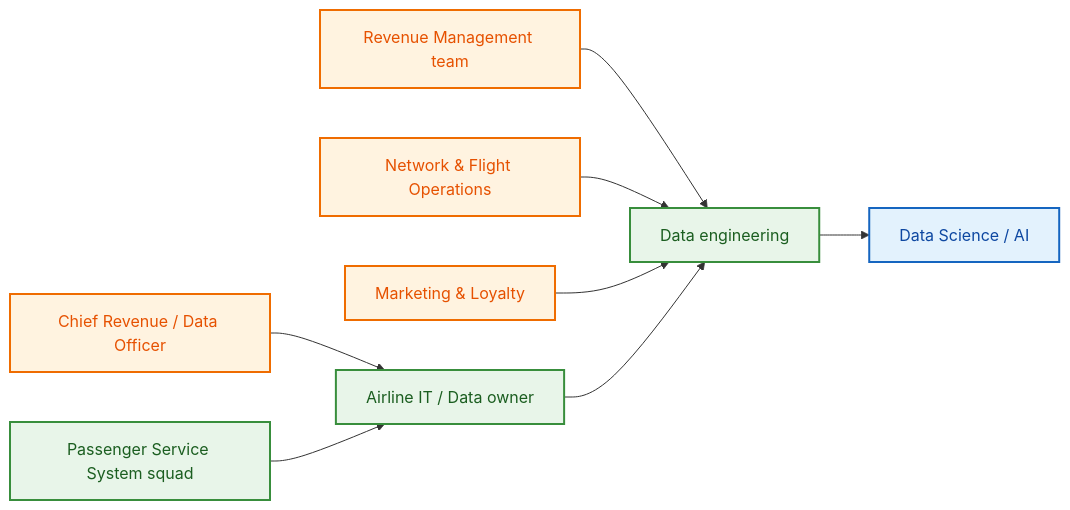
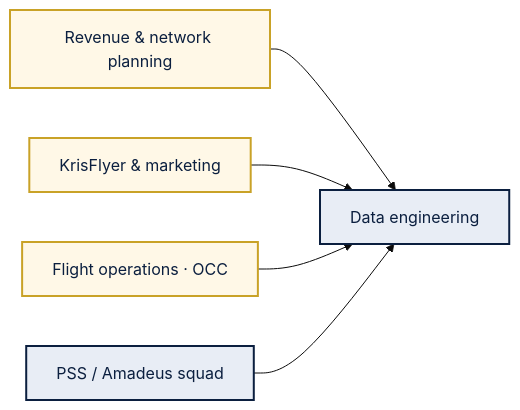
The diagram in docs/01-business-context.md (willtran112358/airline-domain-data-platform), drawn with Mermaid before and after one commit. The commit also changed other lines of this file and 17 other files, not shown here.

````diff
--- a/docs/01-business-context.md
+++ b/docs/01-business-context.md
@@ -24,23 +22,15 @@
 ```mermaid
+%%{init: {'theme':'base', 'themeVariables': {'primaryColor':'#0B1F3F','primaryTextColor':'#fff','primaryBorderColor':'#C9A227'}}}%%
 flowchart LR
-    classDef biz fill:#fff3e0,stroke:#ef6c00,stroke-width:2px,color:#e65100
-    classDef tech fill:#e8f5e9,stroke:#388e3c,stroke-width:2px,color:#1b5e20
-    classDef ext fill:#e3f2fd,stroke:#1565c0,stroke-width:2px,color:#0d47a1
+    classDef biz fill:#FFF8E7,stroke:#C9A227,stroke-width:2px,color:#0B1F3F
+    classDef tech fill:#E8EDF5,stroke:#0B1F3F,stroke-width:2px,color:#0B1F3F
 
-    CCO["Chief Revenue / Data Officer"]:::biz
-    REV["Revenue Management team"]:::biz
-    OPS["Network & Flight Operations"]:::biz
-    MKT["Marketing & Loyalty"]:::biz
-    IT["Airline IT / Data owner"]:::tech
-    PSS["Passenger Service System squad"]:::tech
+    REV["Revenue & network planning"]:::biz
+    KF["KrisFlyer & marketing"]:::biz
+    OPS["Flight operations · OCC"]:::biz
     DE["Data engineering"]:::tech
-    DS["Data Science / AI"]:::ext
+    PSS["PSS / Amadeus squad"]:::tech
 
-    CCO --> IT
-    REV --> DE
-    OPS --> DE
-    MKT --> DE
-    IT --> DE
-    PSS --> IT
-    DE --> DS
+    REV & KF & OPS --> DE
+    PSS --> DE
 ```
````
